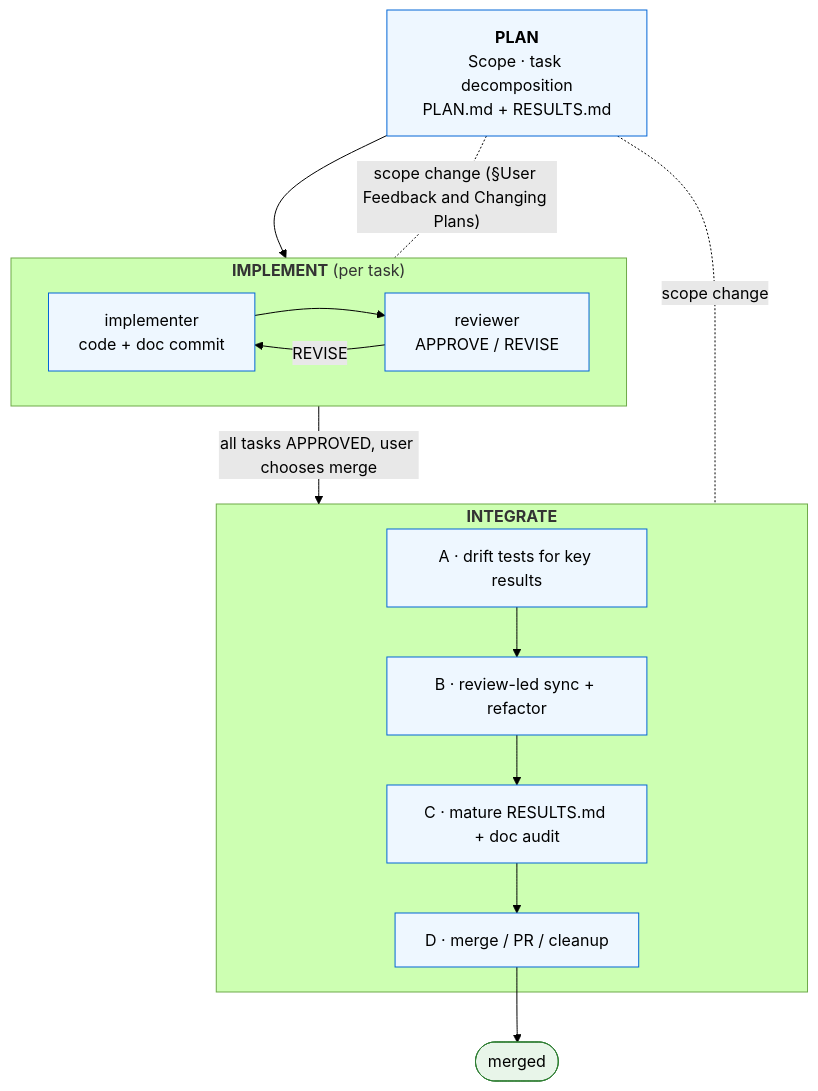
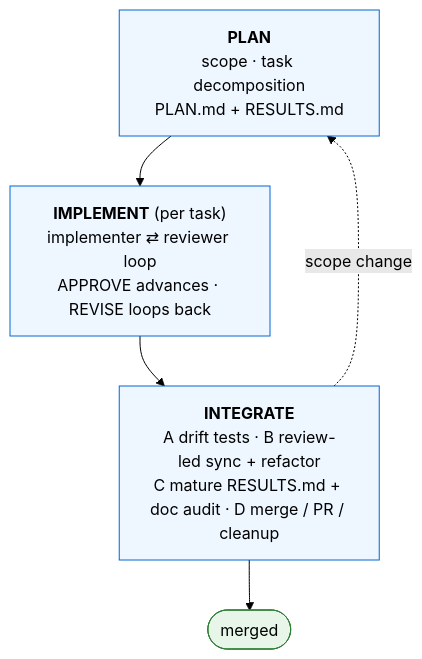
The diagram in README.md (FuZhiyu/superRA), drawn with Mermaid (forest theme) before and after one commit.

Commit message:
docs(readme): rework workflow diagram for vertical alignment + side-routed scope-change arrow

````diff
--- a/README.md
+++ b/README.md
@@ -28,33 +28,18 @@
 ```mermaid
 flowchart TB
-    PLAN["<b>PLAN</b><br/>Scope · task decomposition<br/>PLAN.md + RESULTS.md"]
-
-    subgraph IMPLEMENT["<b>IMPLEMENT</b> (per task)"]
-        IMPL["implementer<br/>code + doc commit"]
-        REV["reviewer<br/>APPROVE / REVISE"]
-        IMPL --> REV
-        REV -->|REVISE| IMPL
-    end
-
-    subgraph INTEGRATE["<b>INTEGRATE</b>"]
-        A["A · drift tests for key results"]
-        B["B · review-led sync + refactor"]
-        C["C · mature RESULTS.md + doc audit"]
-        D["D · merge / PR / cleanup"]
-        A --> B --> C --> D
-    end
-
+    PLAN["<b>PLAN</b><br/>scope · task decomposition<br/>PLAN.md + RESULTS.md"]
+    IMPLEMENT["<b>IMPLEMENT</b> (per task)<br/>implementer ⇄ reviewer loop<br/>APPROVE advances · REVISE loops back"]
+    INTEGRATE["<b>INTEGRATE</b><br/>A drift tests · B review-led sync + refactor<br/>C mature RESULTS.md + doc audit · D merge / PR / cleanup"]
     MERGED(["merged"])
 
     PLAN --> IMPLEMENT
-    IMPLEMENT -->|all tasks APPROVED, user chooses merge| INTEGRATE
-    D --> MERGED
+    IMPLEMENT --> INTEGRATE
+    INTEGRATE --> MERGED
 
-    PLAN -. "scope change (§User Feedback and Changing Plans)" .- IMPLEMENT
-    PLAN -. "scope change" .- INTEGRATE
+    INTEGRATE -. "scope change" .-> PLAN
 
     classDef phase fill:#eef7ff,stroke:#0366d6,color:#000
     classDef terminal fill:#e8f5e9,stroke:#2e7d32,color:#000
-    class PLAN,IMPL,REV,A,B,C,D phase
+    class PLAN,IMPLEMENT,INTEGRATE phase
     class MERGED terminal
 ```
````
